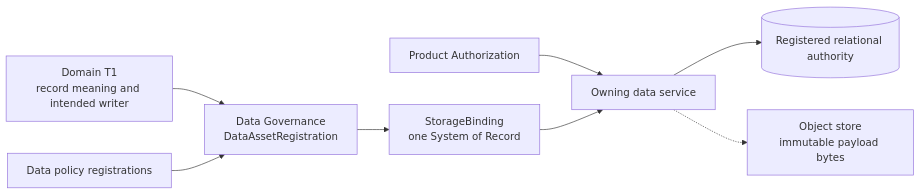
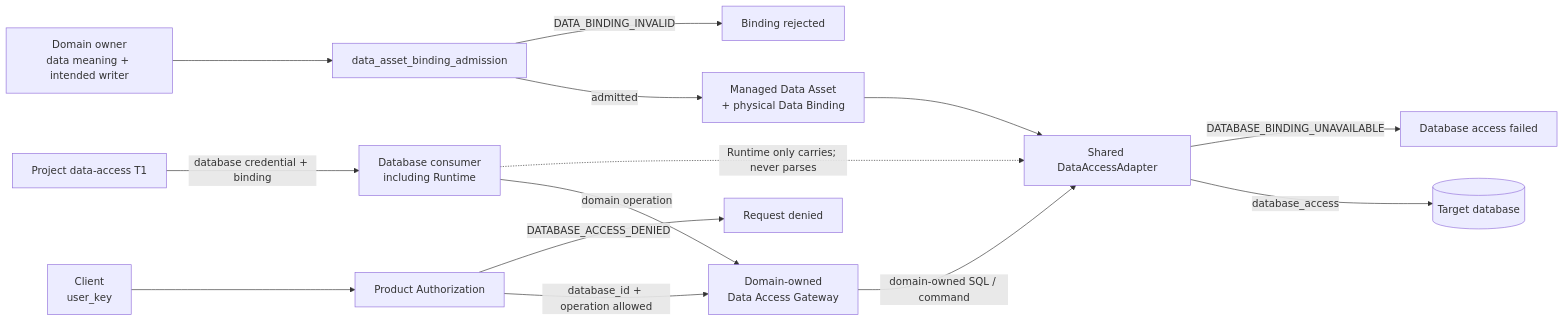
The diagram in designDoc/the_data_governance.md (bobaoai/agent_runtime), drawn with Mermaid before and after one commit. The commit also changed other lines of this file and 195 other files, not shown here.

````diff
--- a/designDoc/the_data_governance.md
+++ b/designDoc/the_data_governance.md
@@ -96,10 +79,18 @@
 ```mermaid
 flowchart LR
-    DOMAIN["Domain T1<br/>record meaning and intended writer"] --> REG["Data Governance<br/>DataAssetRegistration"]
-    POLICY["Data policy registrations"] --> REG
-    REG --> BIND["StorageBinding<br/>one System of Record"]
-    AUTHZ["Product Authorization"] --> SERVICE["Owning data service"]
-    BIND --> SERVICE
-    SERVICE --> DB[("Registered relational authority")]
-    SERVICE -.-> OBJ["Object store<br/>immutable payload bytes"]
+    DOMAIN["Domain owner<br/>data meaning + intended writer"] --> REG["data_asset_binding_admission"]
+    REG -->|admitted| BINDING["Managed Data Asset<br/>+ physical Data Binding"]
+    REG -->|DATA_BINDING_INVALID| REJECTED["Binding rejected"]
+
+    CLIENT["Client<br/>user_key"] --> AUTHZ["Product Authorization"]
+    AUTHZ -->|database_id + operation allowed| GATEWAY["Domain-owned<br/>Data Access Gateway"]
+    AUTHZ -->|DATABASE_ACCESS_DENIED| DENIED["Request denied"]
+
+    CONSUMER["Database consumer<br/>including Runtime"] -->|domain operation| GATEWAY
+    HOST["Project data-access T1"] -->|database credential + binding| CONSUMER
+    CONSUMER -. "Runtime only carries; never parses" .-> ADAPTER["Shared DataAccessAdapter"]
+    GATEWAY -->|domain-owned SQL / command| ADAPTER
+    BINDING --> ADAPTER
+    ADAPTER -->|database_access| DATABASE[("Target database")]
+    ADAPTER -->|DATABASE_BINDING_UNAVAILABLE| FAILED["Database access failed"]
 ```
````
